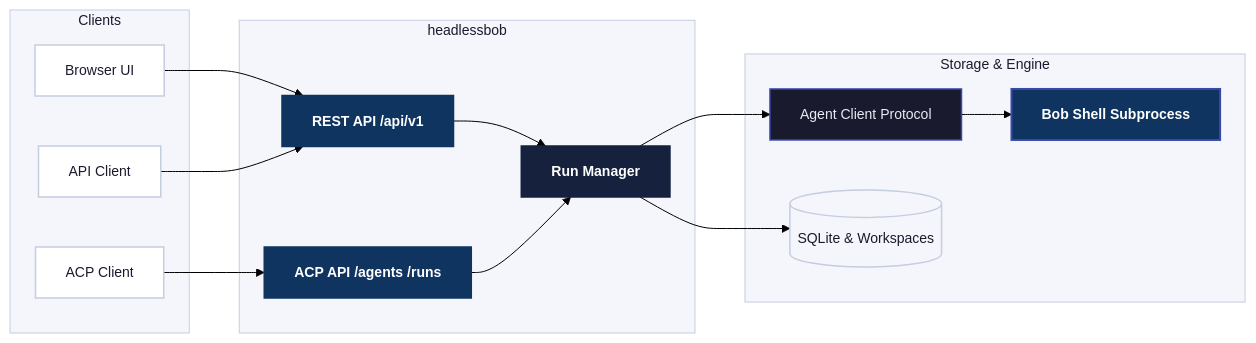
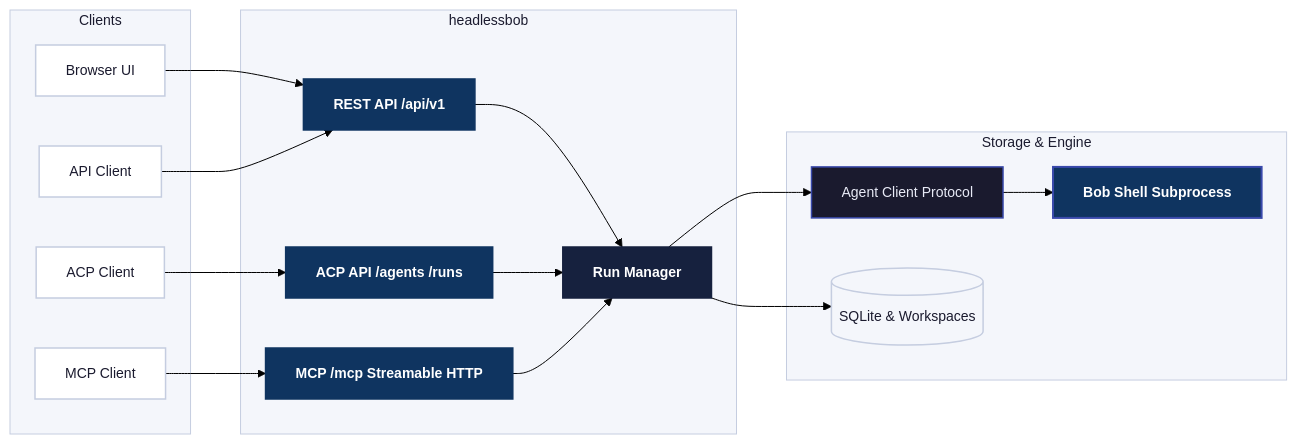
Before and after one commit to ibm-self-serve-assets/building-blocks-docs: the diagram in docs-src/ai-core/engineering/headless-bob.md, drawn with Mermaid. The commit also changed other lines of this file, not shown here.

Commit message:
added mcp to headless bob

````diff
--- a/docs-src/ai-core/engineering/headless-bob.md
+++ b/docs-src/ai-core/engineering/headless-bob.md
@@ -36,44 +37,48 @@
 ```mermaid
 %%{init: {'theme': 'base', 'themeVariables': {'background': '#ffffff', 'primaryColor': '#ffffff', 'clusterBkg': '#f4f6fb', 'clusterBorder': '#c5cde0', 'titleColor': '#1a1a2e', 'fontSize': '14px'}}}%%
 flowchart LR
     subgraph Clients["Clients"]
         UI[Browser UI]
         Client[API Client]
         Agent[ACP Client]
+        MCPClient[MCP Client]
     end
 
     subgraph Service["headlessbob"]
         REST[REST API /api/v1]
         ACP[ACP API /agents /runs]
+        MCP[MCP /mcp Streamable HTTP]
         Manager[Run Manager]
     end
 
     subgraph Backend["Storage & Engine"]
         Protocol[Agent Client Protocol]
         Bob[Bob Shell Subprocess]
         Store[(SQLite & Workspaces)]
     end
 
     UI --> REST
     Client --> REST
     Agent --> ACP
+    MCPClient --> MCP
     REST --> Manager
     ACP --> Manager
+    MCP --> Manager
     Manager --> Protocol
     Protocol --> Bob
     Manager --> Store
 
     classDef client  fill:#ffffff,color:#1a1a2e,stroke:#c5cde0,stroke-width:1.5px
     classDef api     fill:#0f3460,color:#ffffff,stroke:#0f3460,stroke-width:1.5px,font-weight:600
     classDef manager fill:#16213e,color:#ffffff,stroke:#16213e,stroke-width:1.5px,font-weight:600
     classDef runtime fill:#1a1a2e,color:#e8eaf6,stroke:#3949ab,stroke-width:1.5px
     classDef bob     fill:#0f3460,color:#ffffff,stroke:#3949ab,stroke-width:2px,font-weight:600
     classDef store   fill:#f4f6fb,color:#1a1a2e,stroke:#c5cde0,stroke-width:1.5px
 
-    class UI,Client,Agent client
-    class REST,ACP api
+    class UI,Client,Agent,MCPClient client
+    class REST,ACP,MCP api
     class Manager manager
     class Protocol runtime
     class Bob bob
     class Store store
 ```
````
